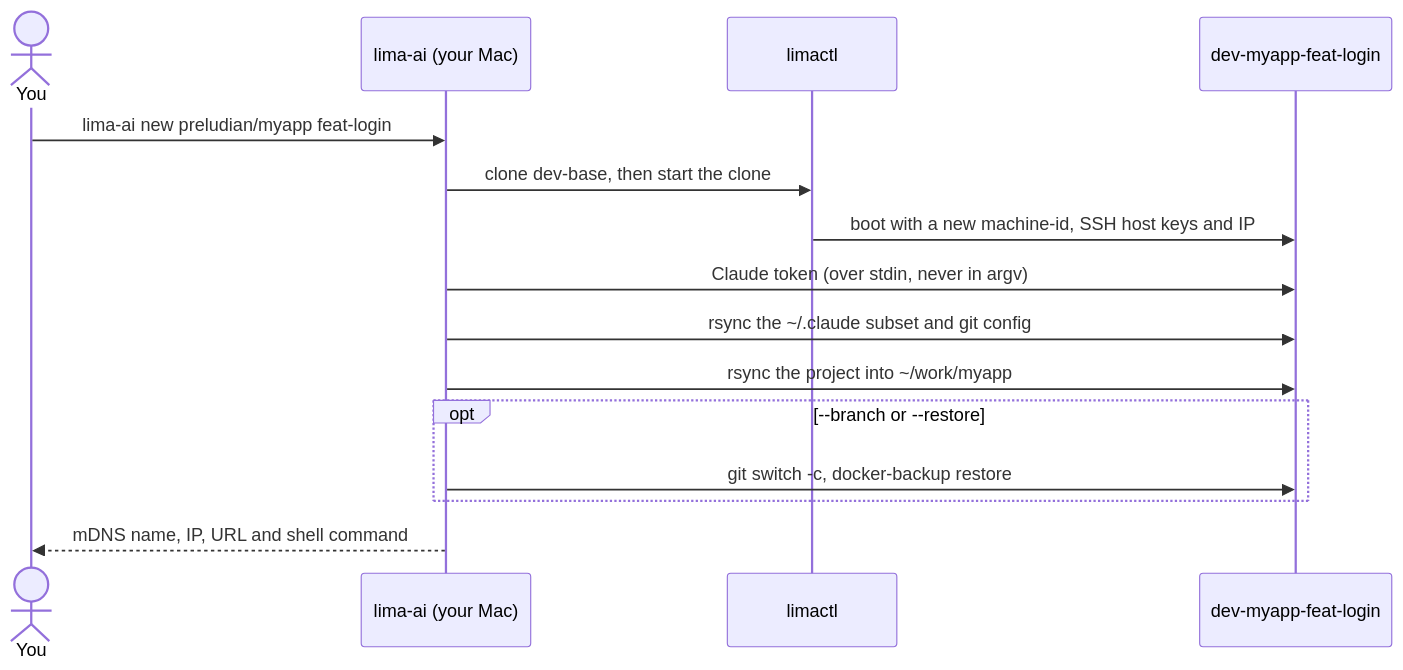
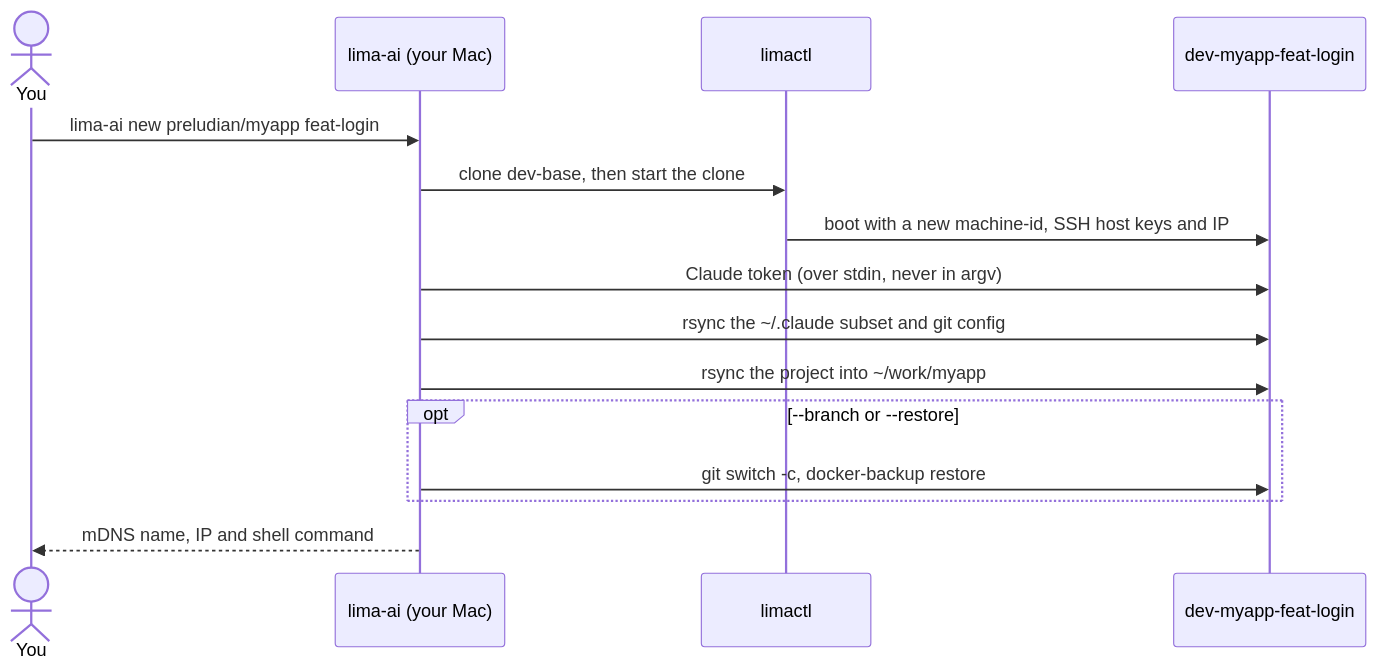
Before and after one commit to joepreludian/lima-ai: the first of 3 diagrams in docs/manual/docs/index.md, drawn with Mermaid. The commit also changed other lines of this file and 10 other files, not shown here.

````diff
--- a/docs/manual/docs/index.md
+++ b/docs/manual/docs/index.md
@@ -28,18 +28,18 @@
 ```mermaid
 sequenceDiagram
     actor You
     participant CLI as lima-ai (your Mac)
     participant Lima as limactl
     participant VM as dev-myapp-feat-login
 
     You->>CLI: lima-ai new preludian/myapp feat-login
     CLI->>Lima: clone dev-base, then start the clone
     Lima->>VM: boot with a new machine-id, SSH host keys and IP
     CLI->>VM: Claude token (over stdin, never in argv)
     CLI->>VM: rsync the ~/.claude subset and git config
     CLI->>VM: rsync the project into ~/work/myapp
     opt --branch or --restore
         CLI->>VM: git switch -c, docker-backup restore
     end
-    CLI-->>You: mDNS name, IP, URL and shell command
+    CLI-->>You: mDNS name, IP and shell command
 ```
````
